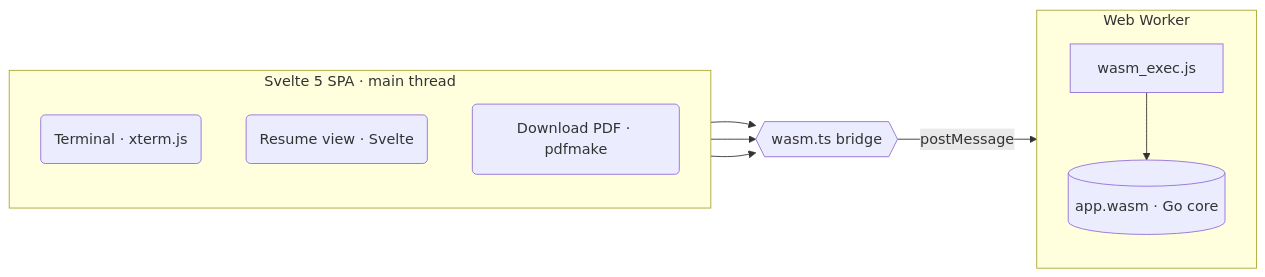
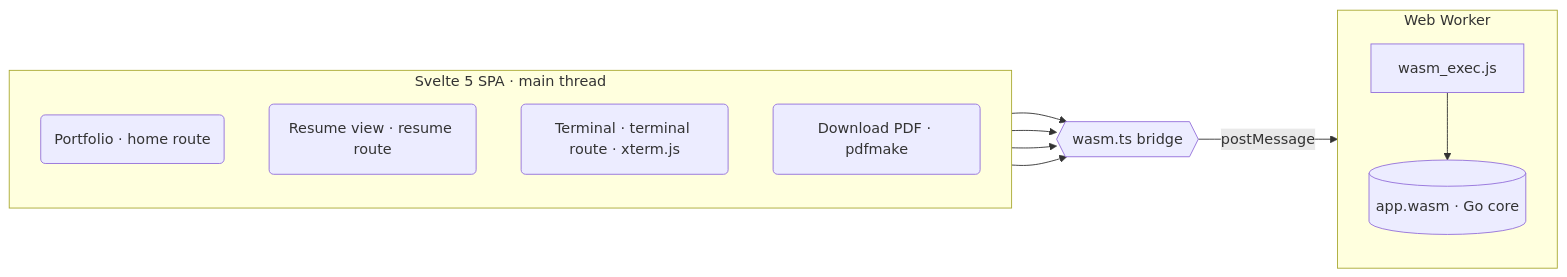
Before and after one commit to TrianaLab/awasm-portfolio: the diagram in README.md, drawn with Mermaid. The commit also changed other lines of this file and 34 other files, not shown here.

````diff
--- a/README.md
+++ b/README.md
@@ -16,23 +16,25 @@
 ```mermaid
 flowchart LR
     subgraph SPA [Svelte 5 SPA · main thread]
         direction TB
-        Term(Terminal · xterm.js)
-        Resume(Resume view · Svelte)
+        Home(Portfolio · home route)
+        Resume(Resume view · resume route)
+        Term(Terminal · terminal route · xterm.js)
         PDF(Download PDF · pdfmake)
     end
 
     Bridge{{wasm.ts bridge}}
 
     subgraph Worker [Web Worker]
         direction TB
         Exec[wasm_exec.js]
         Wasm[(app.wasm · Go core)]
         Exec --> Wasm
     end
 
+    Home --> Bridge
+    Resume --> Bridge
     Term --> Bridge
-    Resume --> Bridge
     PDF --> Bridge
     Bridge -- postMessage --> Worker
 ```
````
